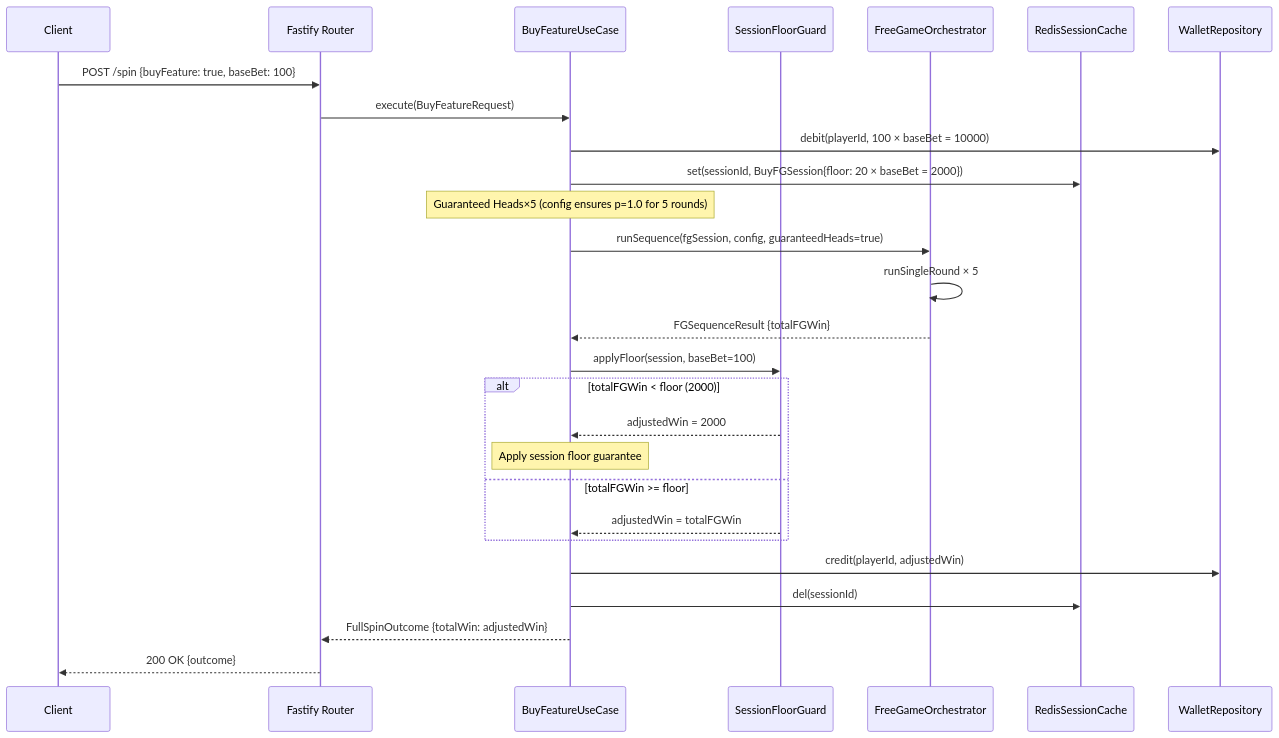
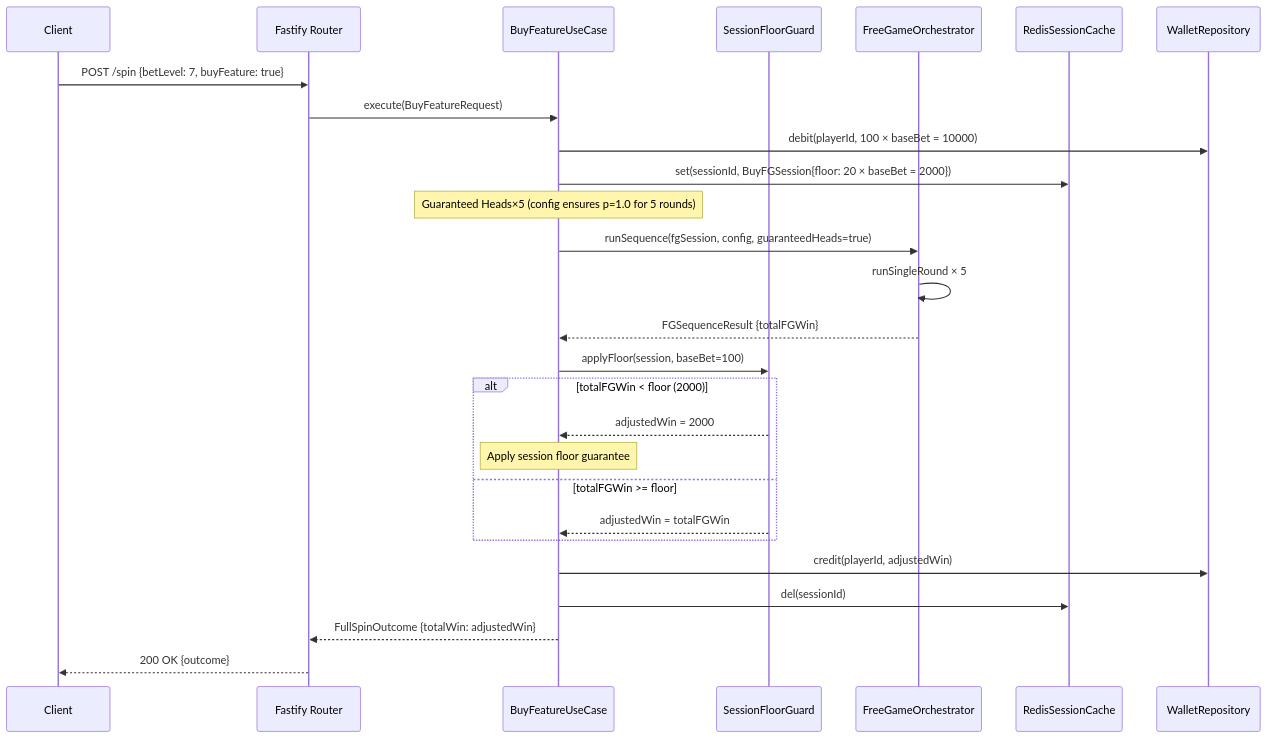
The eighth of 16 diagrams in docs/EDD.md (ibalasite/slot), drawn with Mermaid before and after one commit. The commit also changed other lines of this file and 1 other file, not shown here.

````diff
--- a/docs/EDD.md
+++ b/docs/EDD.md
@@ -750,30 +750,30 @@
 ```mermaid
 sequenceDiagram
     participant C as Client
     participant R as Fastify Router
     participant BU as BuyFeatureUseCase
     participant SFG as SessionFloorGuard
     participant FGO as FreeGameOrchestrator
     participant RC as RedisSessionCache
     participant WR as WalletRepository
 
-    C->>R: POST /spin {buyFeature: true, baseBet: 100}
+    C->>R: POST /spin {betLevel: 7, buyFeature: true}
     R->>BU: execute(BuyFeatureRequest)
     BU->>WR: debit(playerId, 100 × baseBet = 10000)
     BU->>RC: set(sessionId, BuyFGSession{floor: 20 × baseBet = 2000})
     Note over BU: Guaranteed Heads×5 (config ensures p=1.0 for 5 rounds)
     BU->>FGO: runSequence(fgSession, config, guaranteedHeads=true)
     FGO->>FGO: runSingleRound × 5
     FGO-->>BU: FGSequenceResult {totalFGWin}
     BU->>SFG: applyFloor(session, baseBet=100)
     alt totalFGWin < floor (2000)
         SFG-->>BU: adjustedWin = 2000
         Note over BU: Apply session floor guarantee
     else totalFGWin >= floor
         SFG-->>BU: adjustedWin = totalFGWin
     end
     BU->>WR: credit(playerId, adjustedWin)
     BU->>RC: del(sessionId)
     BU-->>R: FullSpinOutcome {totalWin: adjustedWin}
     R-->>C: 200 OK {outcome}
 ```
````
